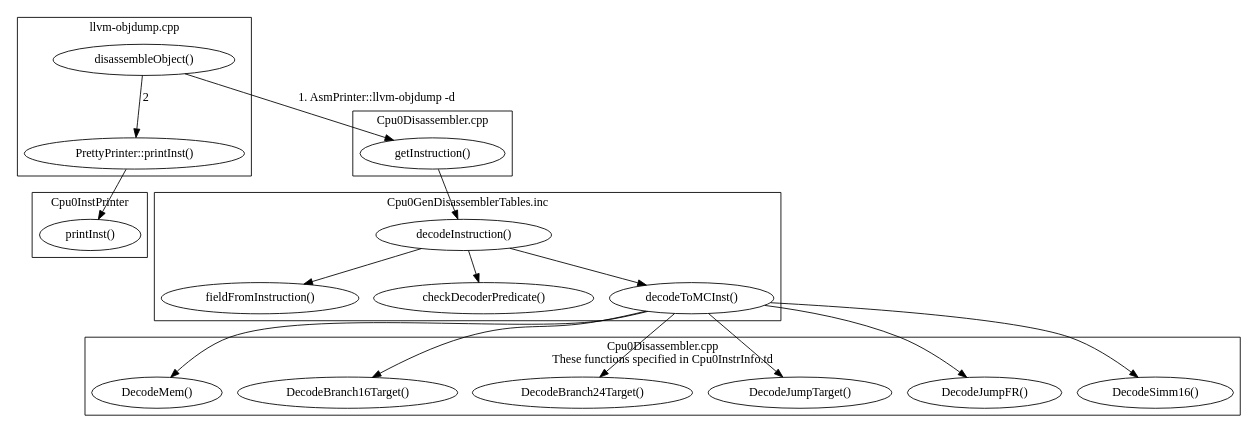
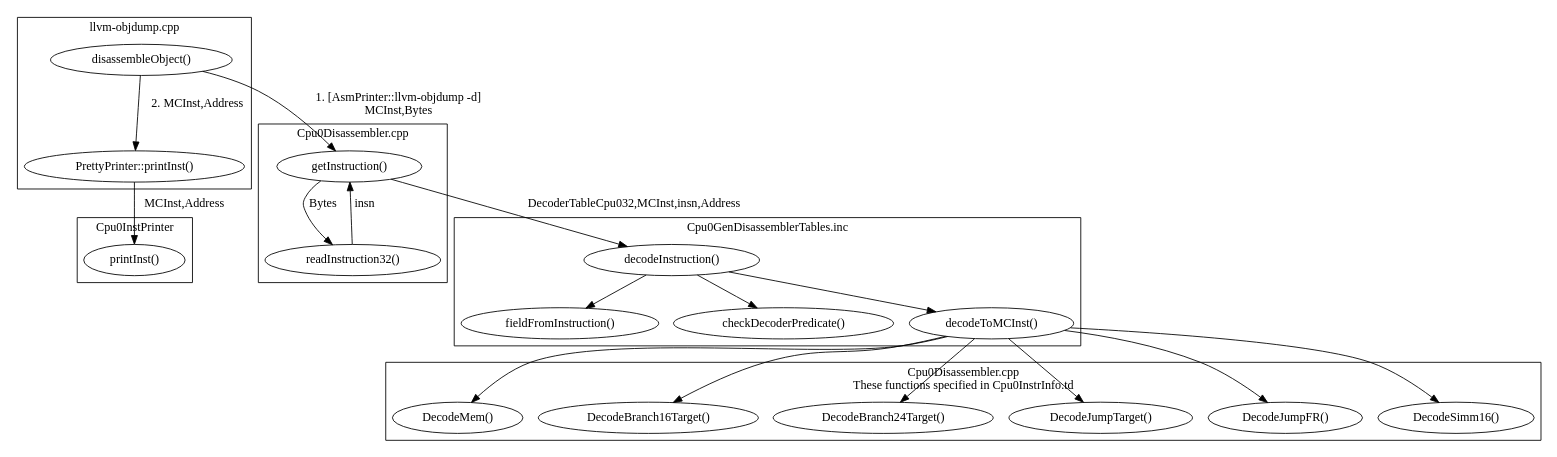
Before and after one commit to Jonathan2251/lbd: the diagram in Fig/elf/disas.gv, drawn with Graphviz. The commit also changed 31 other files, not shown here.

```diff
--- a/Fig/elf/disas.gv
+++ b/Fig/elf/disas.gv
@@ -1,46 +1,49 @@
 digraph G {
   rankdir=TD;
-  "disassembleObject()" -> "getInstruction()" [label="1. AsmPrinter::llvm-objdump -d"];
-  "disassembleObject()" -> "PrettyPrinter::printInst()" [label="2"];
-  "PrettyPrinter::printInst()" -> "printInst()";
-  "getInstruction()" -> "decodeInstruction()";
+  "disassembleObject()" -> "getInstruction()" [label="1. [AsmPrinter::llvm-objdump -d]\nMCInst,Bytes"];
+  "disassembleObject()" -> "PrettyPrinter::printInst()" [label="2. MCInst,Address"];
+  "PrettyPrinter::printInst()" -> "printInst()" [label="MCInst,Address"];
+  "getInstruction()" -> "decodeInstruction()" [label="DecoderTableCpu032,MCInst,insn,Address"];
   "decodeInstruction()" -> "fieldFromInstruction()";
   "decodeInstruction()" -> "checkDecoderPredicate()";
   "decodeInstruction()" -> "decodeToMCInst()";
   "decodeToMCInst()" -> "DecodeMem()";
   "decodeToMCInst()" -> "DecodeBranch16Target()";
   "decodeToMCInst()" -> "DecodeBranch24Target()";
   "decodeToMCInst()" -> "DecodeJumpTarget()";
   "decodeToMCInst()" -> "DecodeJumpFR()";
   "decodeToMCInst()" -> "DecodeSimm16()";
   subgraph clusterObjdump {
     label = "llvm-objdump.cpp";
     "disassembleObject()";
     "PrettyPrinter::printInst()";
   }
   subgraph clusterCpu0Dis1 {
     label = "Cpu0Disassembler.cpp";
     "getInstruction()";
+    "readInstruction32()";
+    "getInstruction()" -> "readInstruction32()" [label="Bytes"];
+    "readInstruction32()" -> "getInstruction()" [label="insn"];
   }
   subgraph clusterCpu0Dis2 {
     label = "Cpu0Disassembler.cpp\n These functions specified in Cpu0InstrInfo.td";
     "DecodeMem()";
     "DecodeBranch16Target()";
     "DecodeBranch24Target()";
     "DecodeJumpTarget()";
     "DecodeJumpFR()";
     "DecodeSimm16()";
   }
   subgraph clusterInc {
     label = "Cpu0GenDisassemblerTables.inc";
     "fieldFromInstruction()";
     "checkDecoderPredicate()";
     "decodeToMCInst()";
     "decodeInstruction()";
   }
   subgraph clusterCpu0InstPrinter {
     label = "Cpu0InstPrinter";
     "printInst()";
   }
 //  label = "Figure: The flow of disassembly";
 }
```
